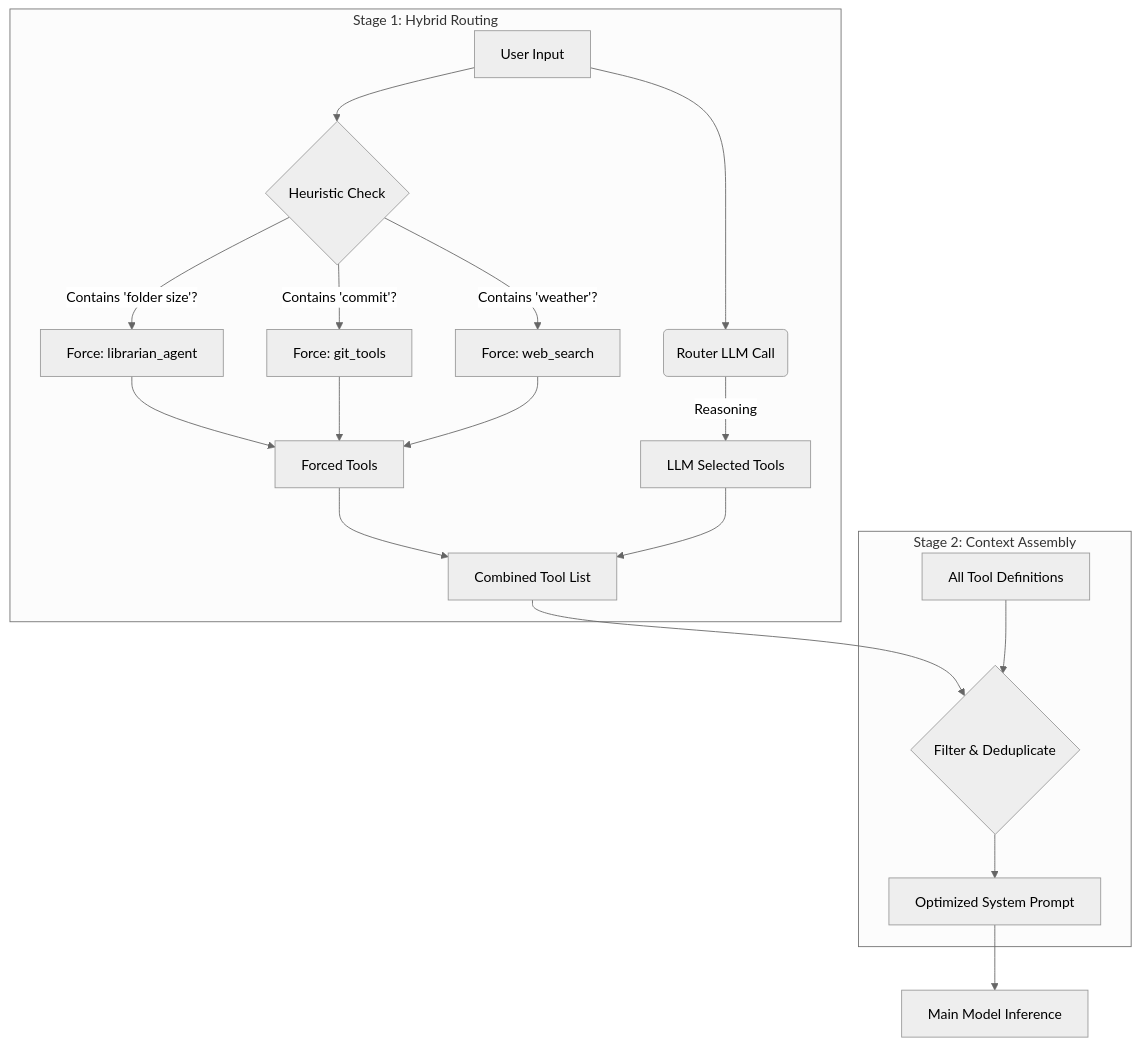
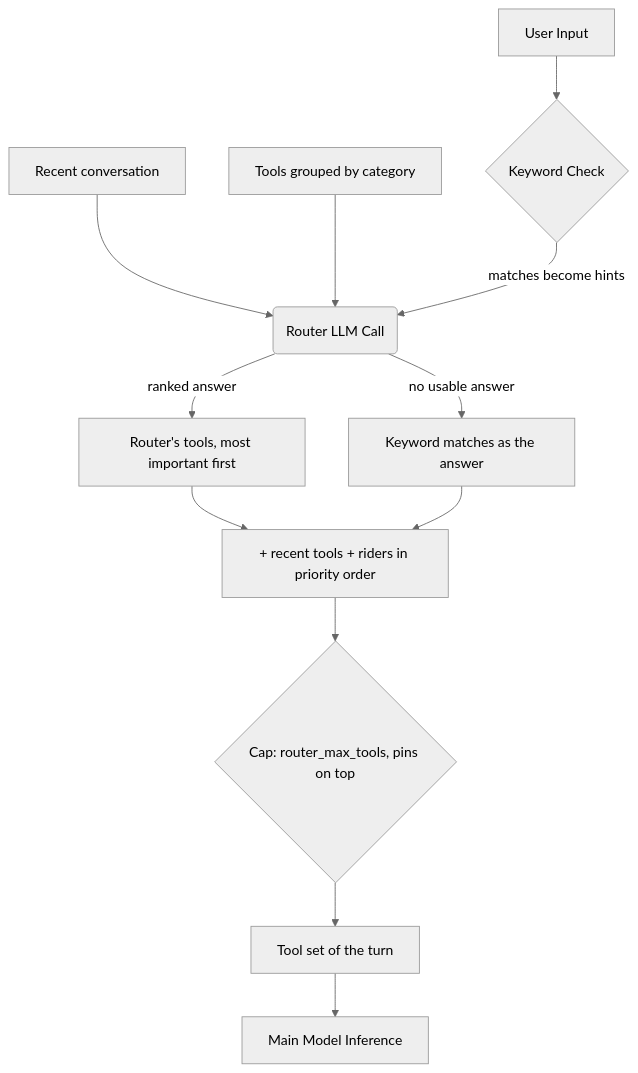
The diagram in docs/agents/TOOL_ROUTER_ARCHITECTURE.md (Veyllo-Labs/VAF), drawn with Mermaid (neutral theme) before and after one commit. The commit also changed other lines of this file and 9 other files, not shown here.

````diff
--- a/docs/agents/TOOL_ROUTER_ARCHITECTURE.md
+++ b/docs/agents/TOOL_ROUTER_ARCHITECTURE.md
@@ -87,24 +91,13 @@
 ```mermaid
 graph TD
-    A[User Input] --> B{Heuristic Check}
-
-    subgraph "Stage 1: Hybrid Routing"
-    B -- "Contains 'folder size'?" --> C[Force: librarian_agent]
-    B -- "Contains 'commit'?" --> D[Force: git_tools]
-    B -- "Contains 'weather'?" --> E[Force: web_search]
-
-    A --> F(Router LLM Call)
-    F -- "Reasoning" --> G[LLM Selected Tools]
-
-    C & D & E --> H[Forced Tools]
-    H & G --> I[Combined Tool List]
-    end
-
-    subgraph "Stage 2: Context Assembly"
-    I --> J{Filter & Deduplicate}
-    K[All Tool Definitions] --> J
-    J --> L[Optimized System Prompt]
-    end
-
+    A[User Input] --> B{Keyword Check}
+    H[Recent conversation] --> F
+    K[Tools grouped by category] --> F
+    B -- "matches become hints" --> F(Router LLM Call)
+    F -- "ranked answer" --> G[Router's tools, most important first]
+    F -- "no usable answer" --> E[Keyword matches as the answer]
+    G & E --> I[+ recent tools + riders in priority order]
+    I --> J{Cap: router_max_tools, pins on top}
+    J --> L[Tool set of the turn]
     L --> M[Main Model Inference]
 ```
````
